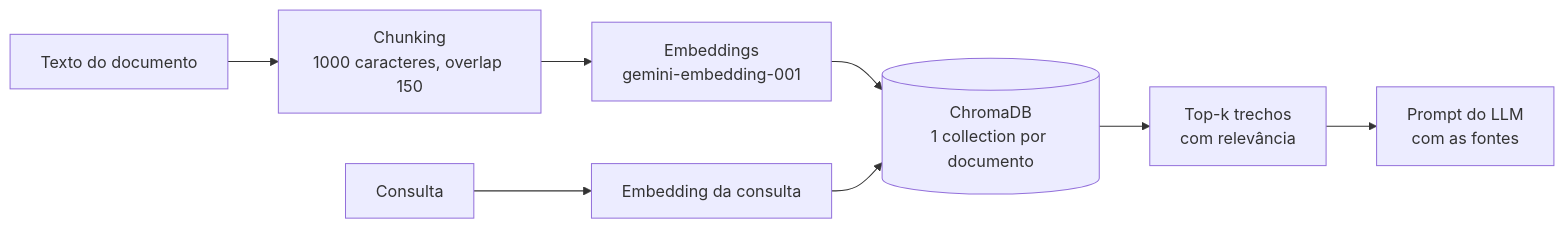
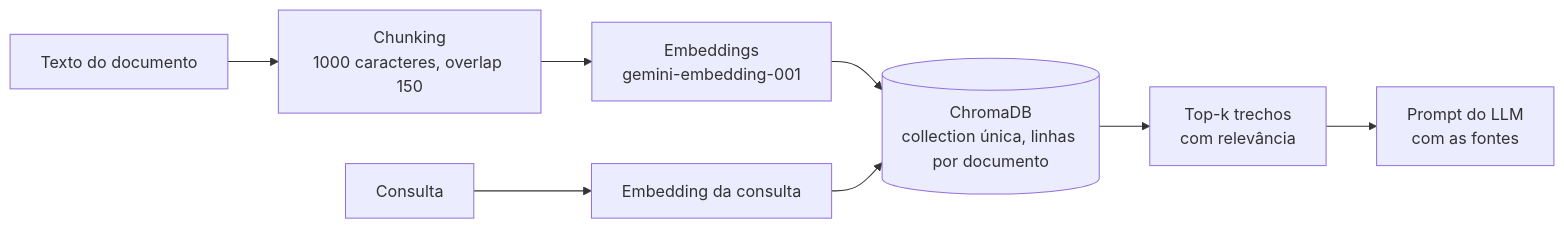
The diagram in backend/app/rag/README.md (No-Country-simulation/G10-BRASIL-EQUIPO-25-NovaMente), drawn with Mermaid before and after one commit. The commit also changed other lines of this file and 11 other files, not shown here.

First line of the commit message:
fix(backend): limpa o índice do Chroma ao fim de cada geração e usa uma collection única

````diff
--- a/backend/app/rag/README.md
+++ b/backend/app/rag/README.md
@@ -7,10 +7,10 @@
 ```mermaid
 flowchart LR
     A[Texto do documento] --> B[Chunking<br/>1000 caracteres, overlap 150]
     B --> C[Embeddings<br/>gemini-embedding-001]
-    C --> D[(ChromaDB<br/>1 collection por documento)]
+    C --> D[(ChromaDB<br/>collection única, linhas por documento)]
     Q[Consulta] --> E[Embedding da consulta]
     E --> D
     D --> F[Top-k trechos<br/>com relevância]
     F --> G[Prompt do LLM<br/>com as fontes]
 ```
````
